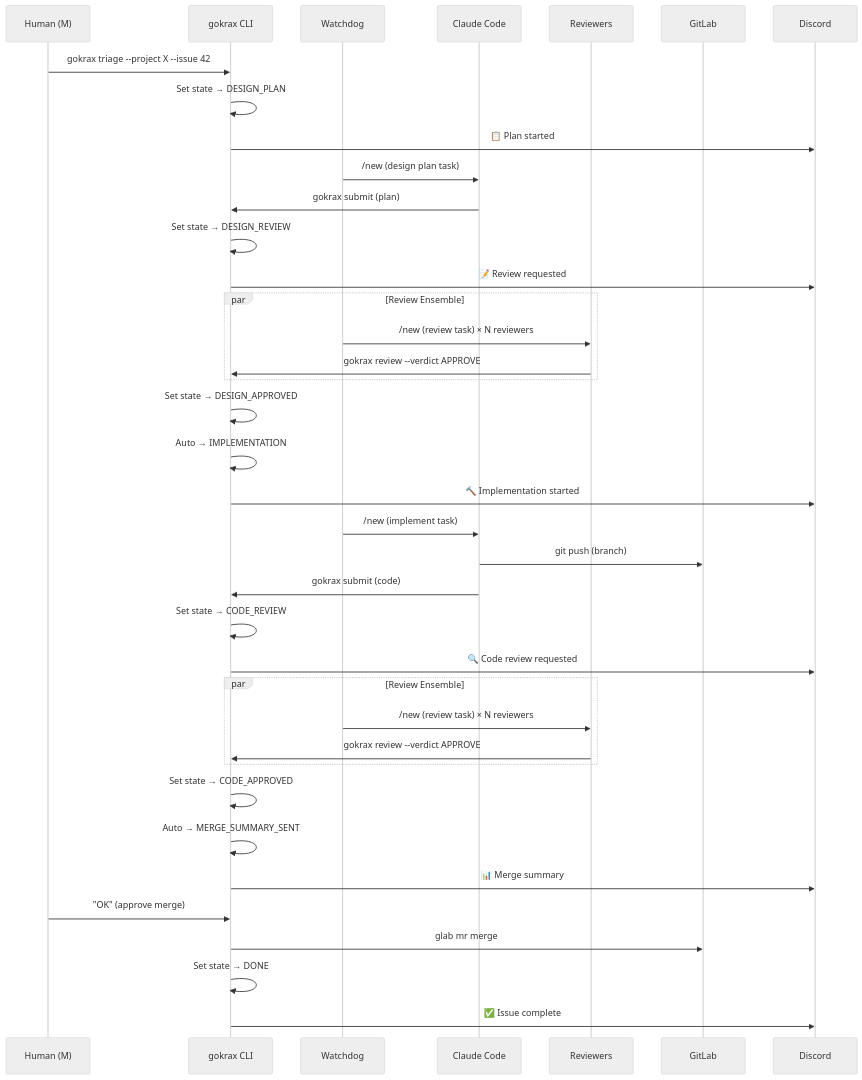
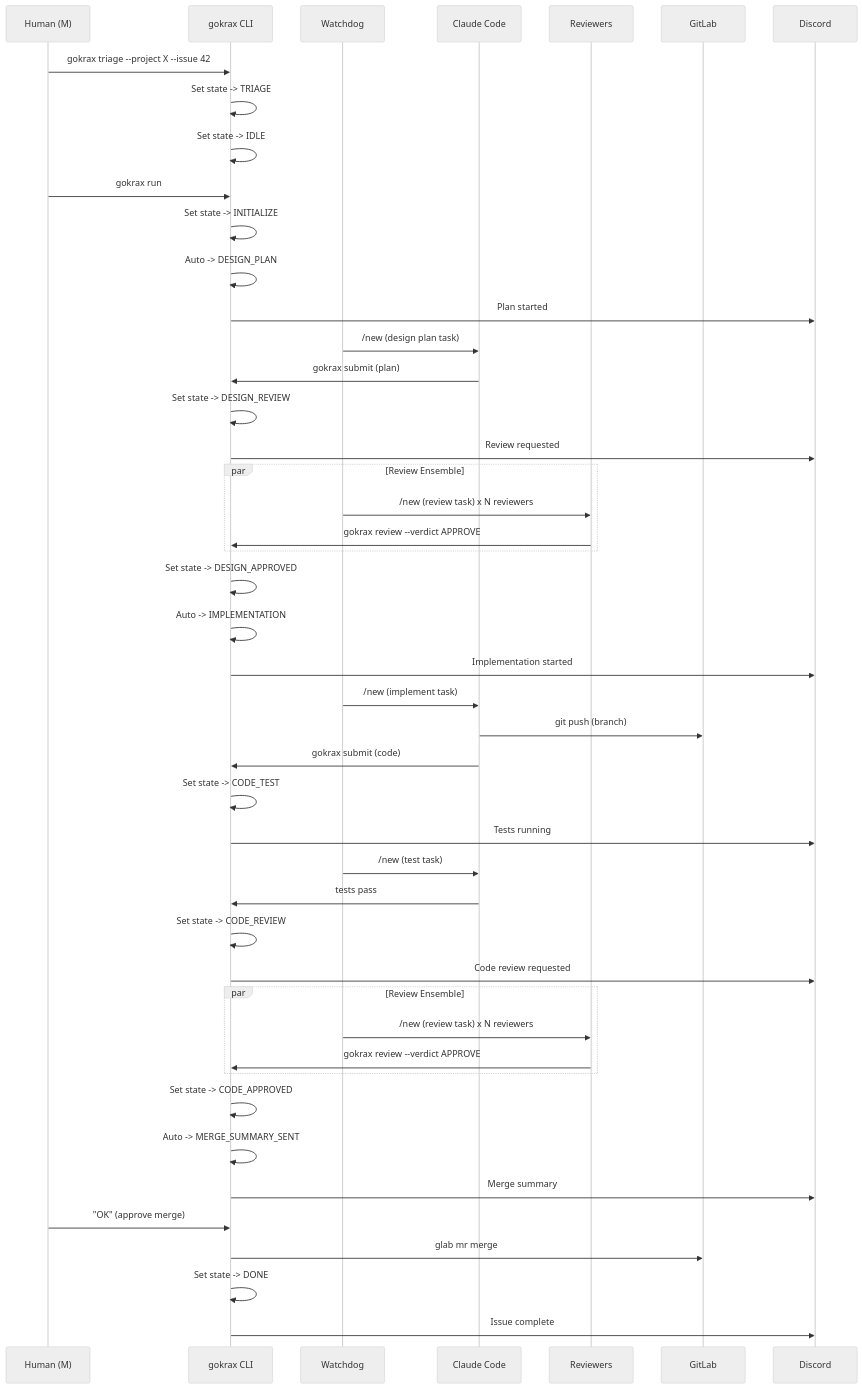
Before and after one commit to atakalive/gokrax: the fifth of 5 diagrams in docs/architecture.md, drawn with Mermaid (neutral theme). The commit also changed other lines of this file and 2 other files, not shown here.

Commit message:
docs: update spec_ja.md, architecture.md; add spec_mode_spec.md. Closes #153

````diff
--- a/docs/architecture.md
+++ b/docs/architecture.md
@@ -145,45 +199,53 @@
 ```mermaid
 sequenceDiagram
     participant M as Human (M)
     participant DB as gokrax CLI
     participant WD as Watchdog
     participant CC as Claude Code
     participant RV as Reviewers
     participant GL as GitLab
     participant DC as Discord
 
     M->>DB: gokrax triage --project X --issue 42
-    DB->>DB: Set state → DESIGN_PLAN
-    DB->>DC: 📋 Plan started
+    DB->>DB: Set state -> TRIAGE
+    DB->>DB: Set state -> IDLE
+    M->>DB: gokrax run
+    DB->>DB: Set state -> INITIALIZE
+    DB->>DB: Auto -> DESIGN_PLAN
+    DB->>DC: Plan started
     WD->>CC: /new (design plan task)
     CC->>DB: gokrax submit (plan)
-    DB->>DB: Set state → DESIGN_REVIEW
-    DB->>DC: 📝 Review requested
+    DB->>DB: Set state -> DESIGN_REVIEW
+    DB->>DC: Review requested
 
     par Review Ensemble
-        WD->>RV: /new (review task) × N reviewers
+        WD->>RV: /new (review task) x N reviewers
         RV->>DB: gokrax review --verdict APPROVE
     end
 
-    DB->>DB: Set state → DESIGN_APPROVED
-    DB->>DB: Auto → IMPLEMENTATION
-    DB->>DC: 🔨 Implementation started
+    DB->>DB: Set state -> DESIGN_APPROVED
+    DB->>DB: Auto -> IMPLEMENTATION
+    DB->>DC: Implementation started
     WD->>CC: /new (implement task)
     CC->>GL: git push (branch)
     CC->>DB: gokrax submit (code)
-    DB->>DB: Set state → CODE_REVIEW
-    DB->>DC: 🔍 Code review requested
+    DB->>DB: Set state -> CODE_TEST
+    DB->>DC: Tests running
+    WD->>CC: /new (test task)
+    CC->>DB: tests pass
+    DB->>DB: Set state -> CODE_REVIEW
+    DB->>DC: Code review requested
 
     par Review Ensemble
-        WD->>RV: /new (review task) × N reviewers
+        WD->>RV: /new (review task) x N reviewers
         RV->>DB: gokrax review --verdict APPROVE
     end
 
-    DB->>DB: Set state → CODE_APPROVED
-    DB->>DB: Auto → MERGE_SUMMARY_SENT
-    DB->>DC: 📊 Merge summary
+    DB->>DB: Set state -> CODE_APPROVED
+    DB->>DB: Auto -> MERGE_SUMMARY_SENT
+    DB->>DC: Merge summary
     M->>DB: "OK" (approve merge)
     DB->>GL: glab mr merge
-    DB->>DB: Set state → DONE
-    DB->>DC: ✅ Issue complete
+    DB->>DB: Set state -> DONE
+    DB->>DC: Issue complete
 ```
````
